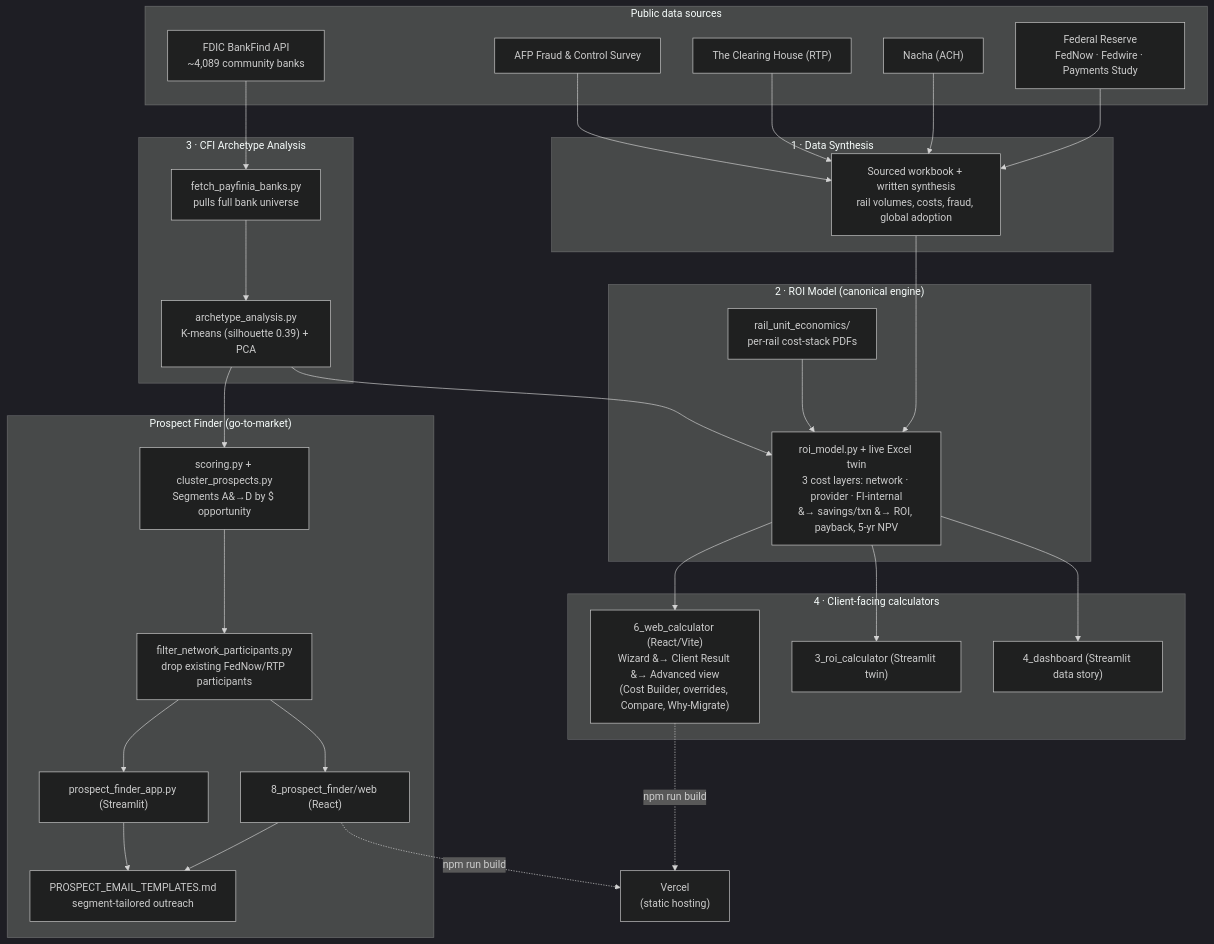
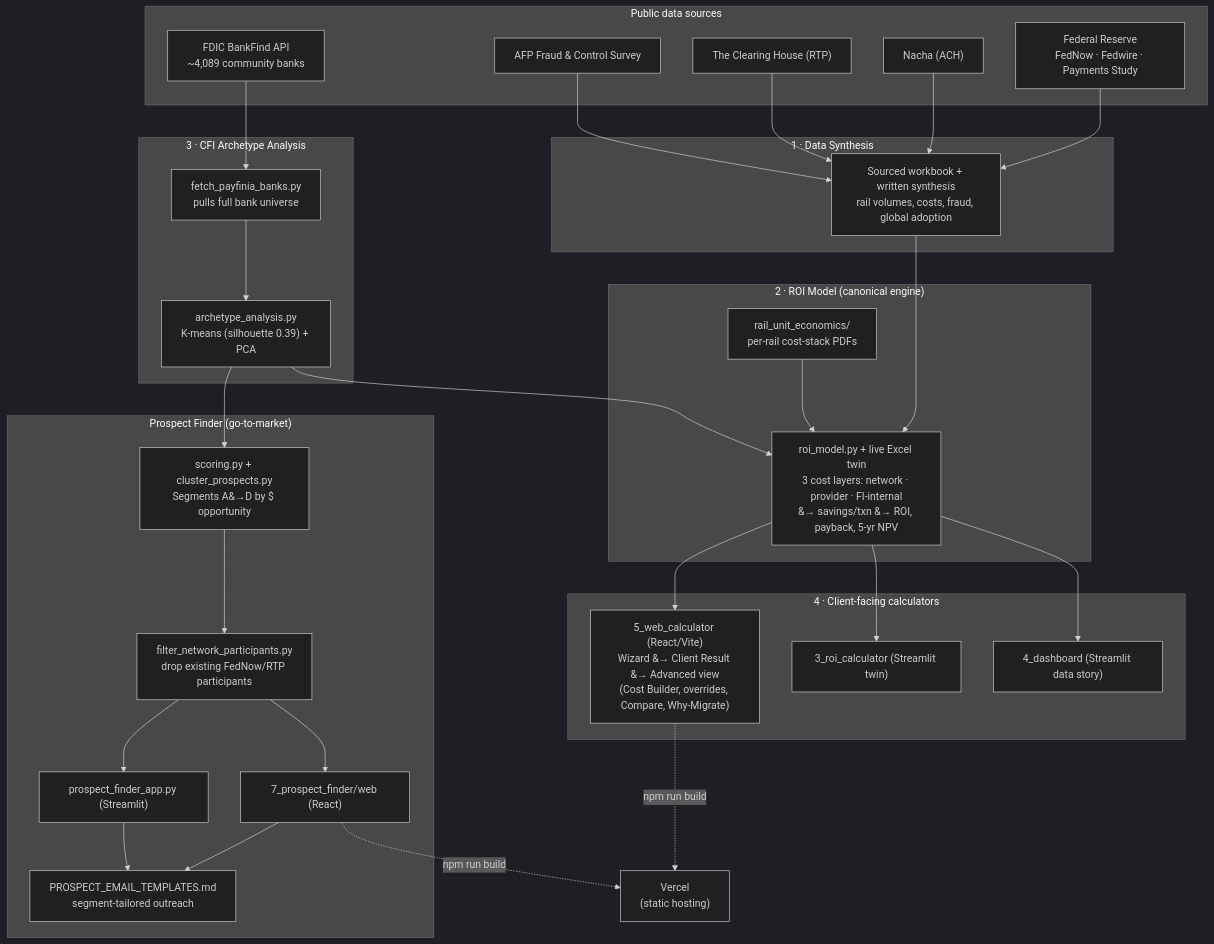
One commit to darrsshill/Payfinia-roi-analytics- changed the diagram in README.md. Above: the diagram before and after it, drawn with Mermaid (dark theme). The commit also changed other lines of this file and 61 other files, not shown here.

````diff
--- a/README.md
+++ b/README.md
@@ -52,63 +52,63 @@
 ```mermaid
 flowchart TD
     subgraph SRC["Public data sources"]
         FED["Federal Reserve<br/>FedNow · Fedwire · Payments Study"]
         NACHA["Nacha (ACH)"]
         TCH["The Clearing House (RTP)"]
         AFP["AFP Fraud &amp; Control Survey"]
         FDIC["FDIC BankFind API<br/>~4,089 community banks"]
     end
 
     subgraph D1["1 · Data Synthesis"]
         SYN["Sourced workbook + written synthesis<br/>rail volumes, costs, fraud, global adoption"]
     end
 
     subgraph D2["2 · ROI Model (canonical engine)"]
         ROI["roi_model.py + live Excel twin<br/>3 cost layers: network · provider · FI-internal<br/>&#8594; savings/txn &#8594; ROI, payback, 5-yr NPV"]
         UNIT["rail_unit_economics/<br/>per-rail cost-stack PDFs"]
     end
 
     subgraph D3["3 · CFI Archetype Analysis"]
         FETCH["fetch_payfinia_banks.py<br/>pulls full bank universe"]
         CLUSTER["archetype_analysis.py<br/>K-means (silhouette 0.39) + PCA"]
     end
 
     subgraph D4["4 · Client-facing calculators"]
-        WEB["6_web_calculator (React/Vite)<br/>Wizard &#8594; Client Result &#8594; Advanced view<br/>(Cost Builder, overrides, Compare, Why-Migrate)"]
+        WEB["5_web_calculator (React/Vite)<br/>Wizard &#8594; Client Result &#8594; Advanced view<br/>(Cost Builder, overrides, Compare, Why-Migrate)"]
         ST["3_roi_calculator (Streamlit twin)"]
         DASH["4_dashboard (Streamlit data story)"]
     end
 
     subgraph D5["Prospect Finder (go-to-market)"]
         PSCORE["scoring.py + cluster_prospects.py<br/>Segments A&#8594;D by $ opportunity"]
         PFILTER["filter_network_participants.py<br/>drop existing FedNow/RTP participants"]
-        PWEB["8_prospect_finder/web (React)"]
+        PWEB["7_prospect_finder/web (React)"]
         PST["prospect_finder_app.py (Streamlit)"]
         PEMAIL["PROSPECT_EMAIL_TEMPLATES.md<br/>segment-tailored outreach"]
     end
 
     FED --> SYN
     NACHA --> SYN
     TCH --> SYN
     AFP --> SYN
     SYN --> ROI
     UNIT --> ROI
 
     FDIC --> FETCH
     FETCH --> CLUSTER
     CLUSTER --> ROI
 
     ROI --> WEB
     ROI --> ST
     ROI --> DASH
 
     CLUSTER --> PSCORE
     PSCORE --> PFILTER
     PFILTER --> PWEB
     PFILTER --> PST
     PWEB --> PEMAIL
     PST --> PEMAIL
 
     WEB -. "npm run build" .-> VERCEL["Vercel<br/>(static hosting)"]
     PWEB -. "npm run build" .-> VERCEL
 ```
````
